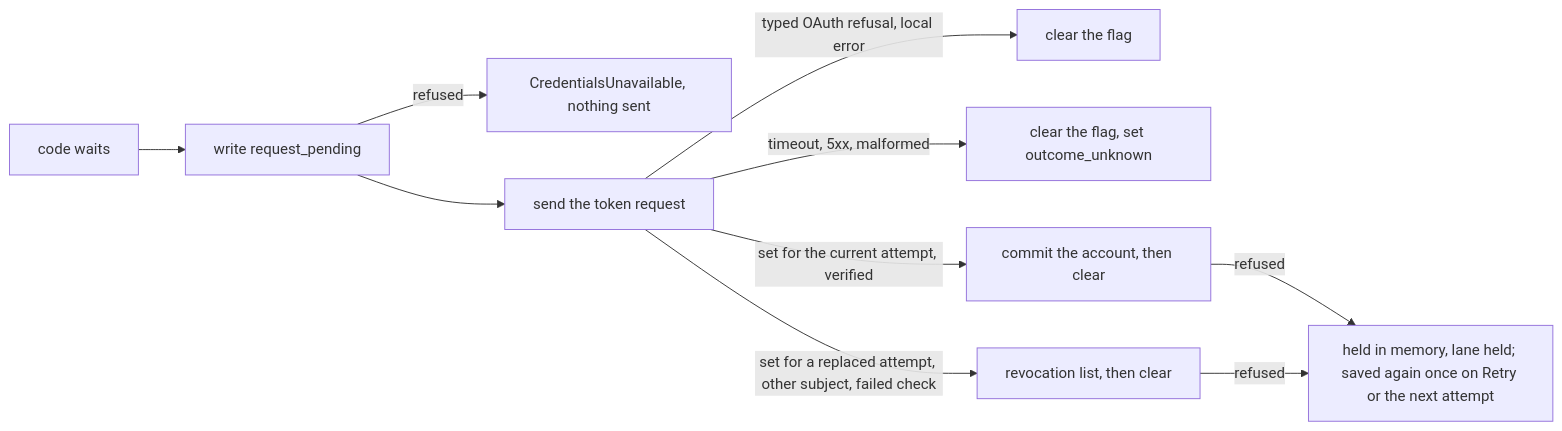
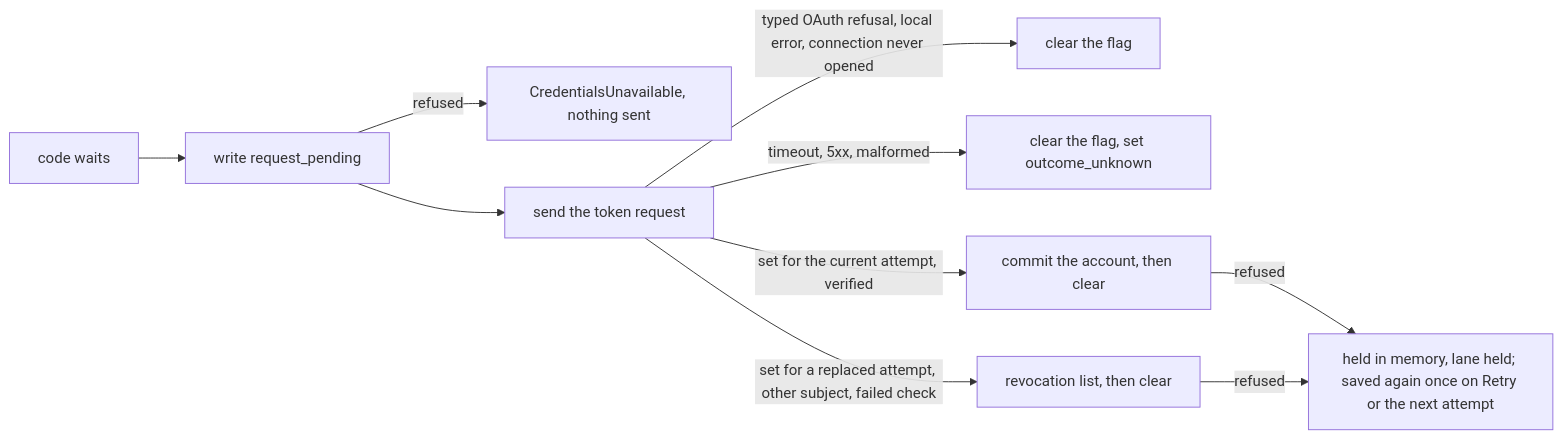
The third of 7 diagrams in docs/development/accounts.md (labcoder/capsula), drawn with Mermaid before and after one commit. The commit also changed other lines of this file and 14 other files, not shown here.

````diff
--- a/docs/development/accounts.md
+++ b/docs/development/accounts.md
@@ -235,12 +235,12 @@
 ```mermaid
 flowchart LR
     W["code waits"] --> F["write request_pending"]
     F -- refused --> E["CredentialsUnavailable, nothing sent"]
     F --> X["send the token request"]
-    X -- "typed OAuth refusal, local error" --> C["clear the flag"]
+    X -- "typed OAuth refusal, local error, connection never opened" --> C["clear the flag"]
     X -- "timeout, 5xx, malformed" --> U["clear the flag, set outcome_unknown"]
     X -- "set for the current attempt, verified" --> A["commit the account, then clear"]
     X -- "set for a replaced attempt, other subject, failed check" --> L["revocation list, then clear"]
     A -- refused --> H["held in memory, lane held; saved again once on Retry or the next attempt"]
     L -- refused --> H
 ```
````
